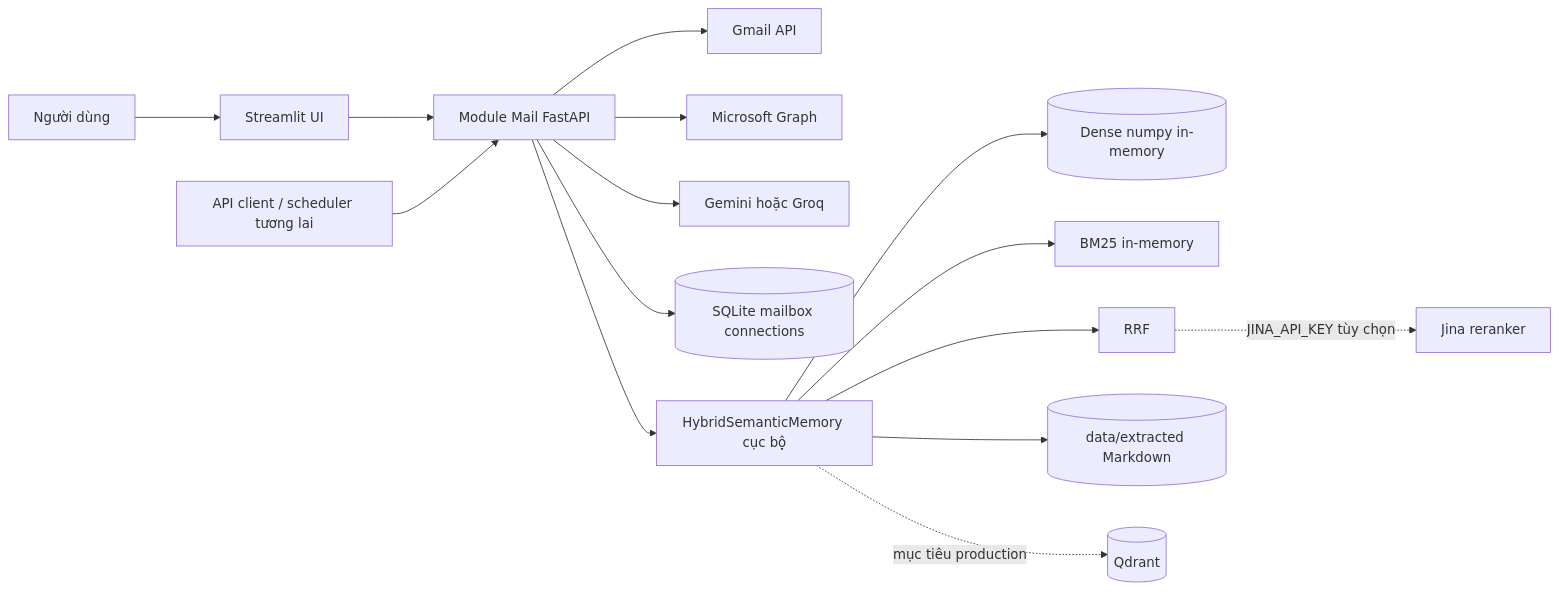
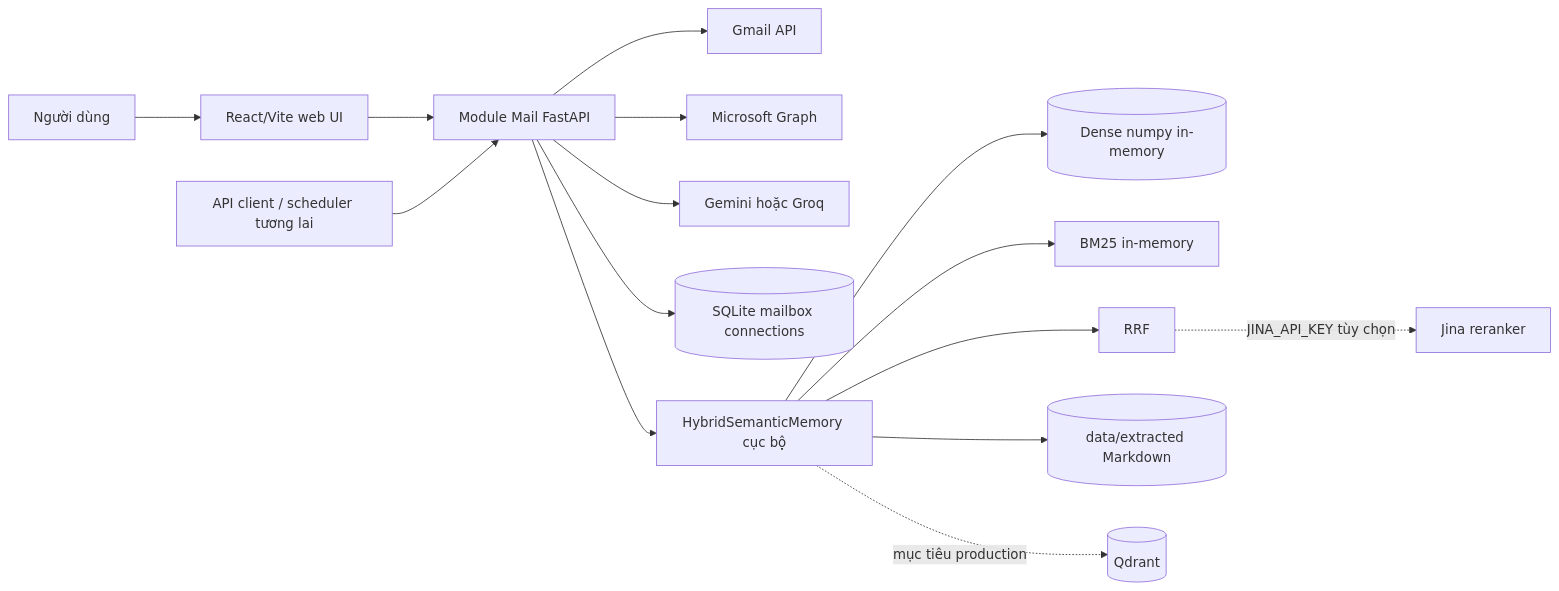
The first of 6 diagrams in docs/references/EMAIL-RAG-ARCHITECHTURE.md (MathematicGuy/EMAIL-AGENT-v1), drawn with Mermaid before and after one commit. The commit also changed other lines of this file and 35 other files, not shown here.

````diff
--- a/docs/references/EMAIL-RAG-ARCHITECHTURE.md
+++ b/docs/references/EMAIL-RAG-ARCHITECHTURE.md
@@ -30,19 +30,19 @@
 ```mermaid
 flowchart LR
-    User[Người dùng] --> UI[Streamlit UI]
+    User[Người dùng] --> UI[React/Vite web UI]
     UI --> API[Module Mail FastAPI]
     Client[API client / scheduler tương lai] --> API
 
     API --> Gmail[Gmail API]
     API --> Graph[Microsoft Graph]
     API --> ExtractLLM[Gemini hoặc Groq]
     API --> SQLite[(SQLite mailbox connections)]
 
     API --> RAG[HybridSemanticMemory cục bộ]
     RAG --> Dense[(Dense numpy in-memory)]
     RAG --> BM25[BM25 in-memory]
     RAG --> Fusion[RRF]
     Fusion -. JINA_API_KEY tùy chọn .-> Rerank[Jina reranker]
     RAG --> Files[(data/extracted Markdown)]
     RAG -. mục tiêu production .-> Qdrant[(Qdrant)]
 ```
````
